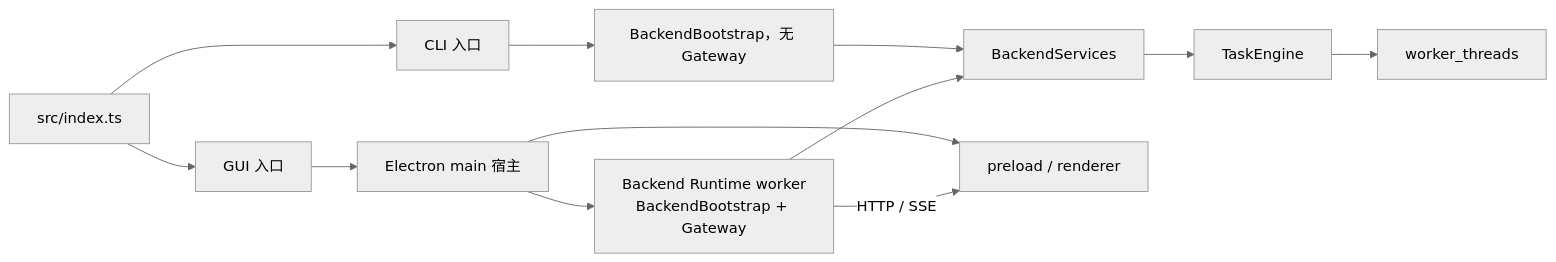
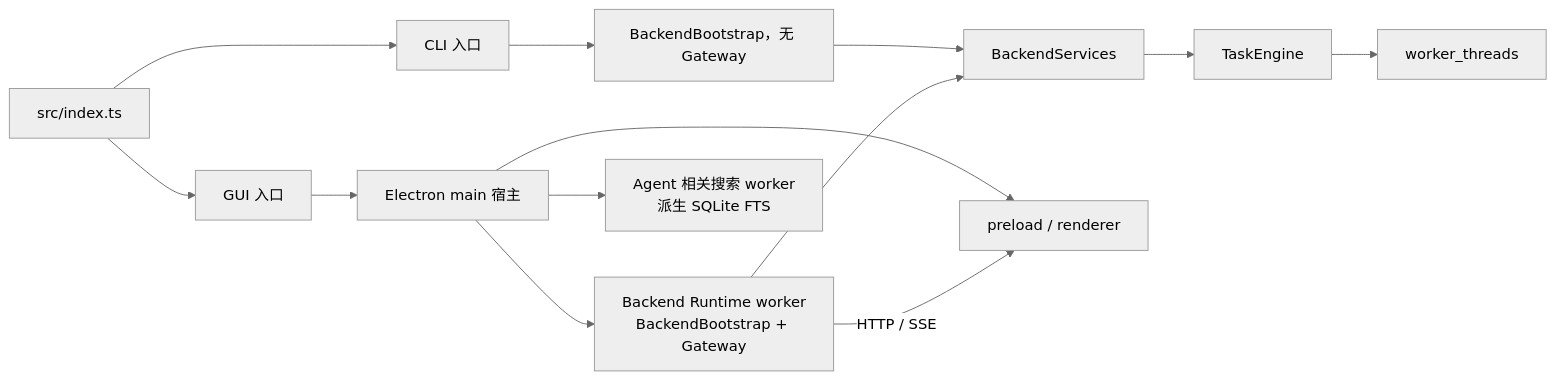
The diagram in docs/ARCHITECTURE.md (neavo/LinguaGacha), drawn with Mermaid (neutral theme) before and after one commit. The commit also changed other lines of this file and 39 other files, not shown here.

````diff
--- a/docs/ARCHITECTURE.md
+++ b/docs/ARCHITECTURE.md
@@ -26,14 +27,15 @@
 ```mermaid
 flowchart LR
     I["src/index.ts"] --> G["GUI 入口"]
     I --> C["CLI 入口"]
     G --> M["Electron main 宿主"]
     M --> BG["Backend Runtime worker\nBackendBootstrap + Gateway"]
     C --> BC["BackendBootstrap，无 Gateway"]
     BG --> S["BackendServices"]
     BC --> S
     S --> E["TaskEngine"]
     E --> W["worker_threads"]
     BG -->|"HTTP / SSE"| R["preload / renderer"]
     M --> R
+    M --> AS["Agent 相关搜索 worker\n派生 SQLite FTS"]
 ```
````
